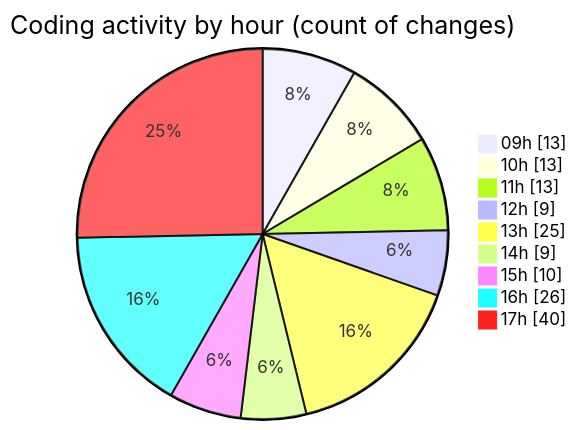
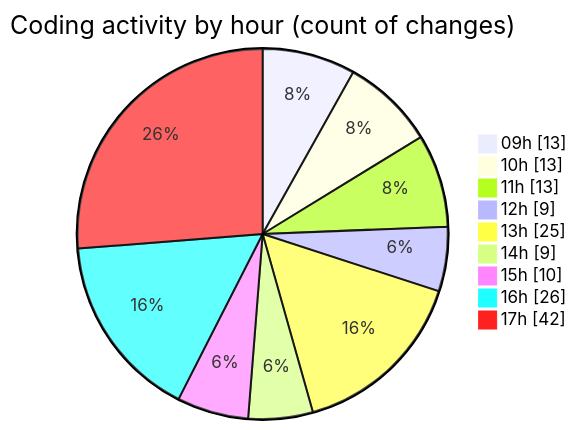
Before and after one commit to momahboobian/code-tracking: the second of 2 diagrams in 2025-09-23/cda/README.md, drawn with Mermaid. The commit also changed other lines of this file and 1 other file, not shown here.

````diff
--- a/2025-09-23/cda/README.md
+++ b/2025-09-23/cda/README.md
@@ -46,13 +46,13 @@
 ```mermaid
 pie showData
 title Coding activity by hour (count of changes)
 "09h" : 13
 "10h" : 13
 "11h" : 13
 "12h" : 9
 "13h" : 25
 "14h" : 9
 "15h" : 10
 "16h" : 26
-"17h" : 40
+"17h" : 42
 ```
````
